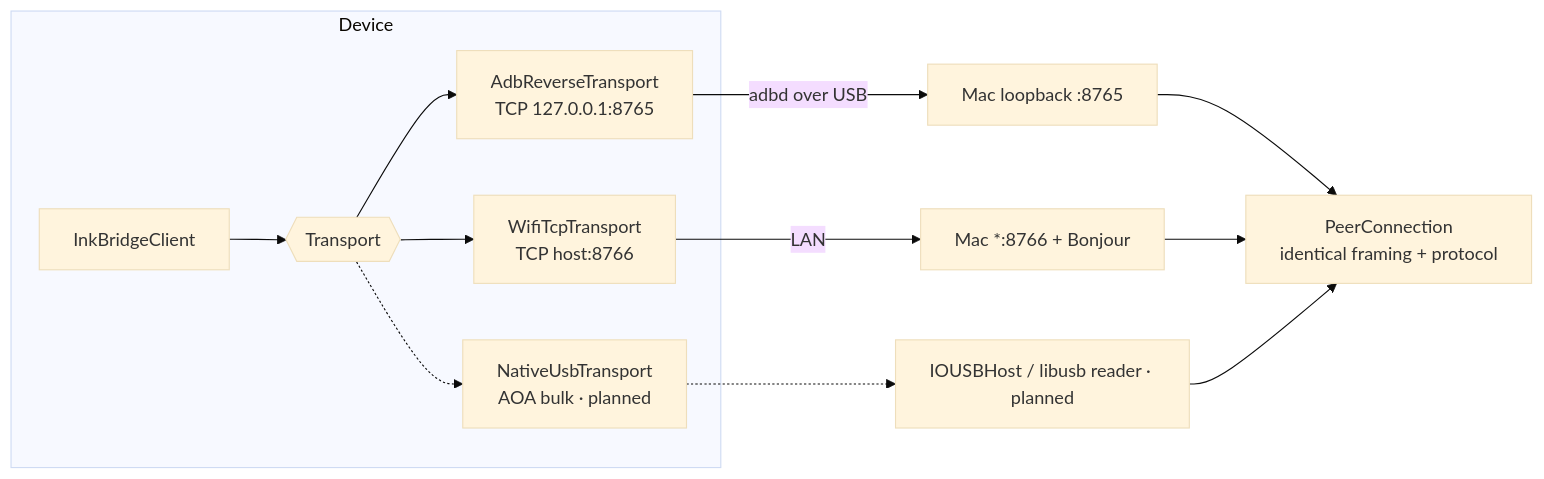
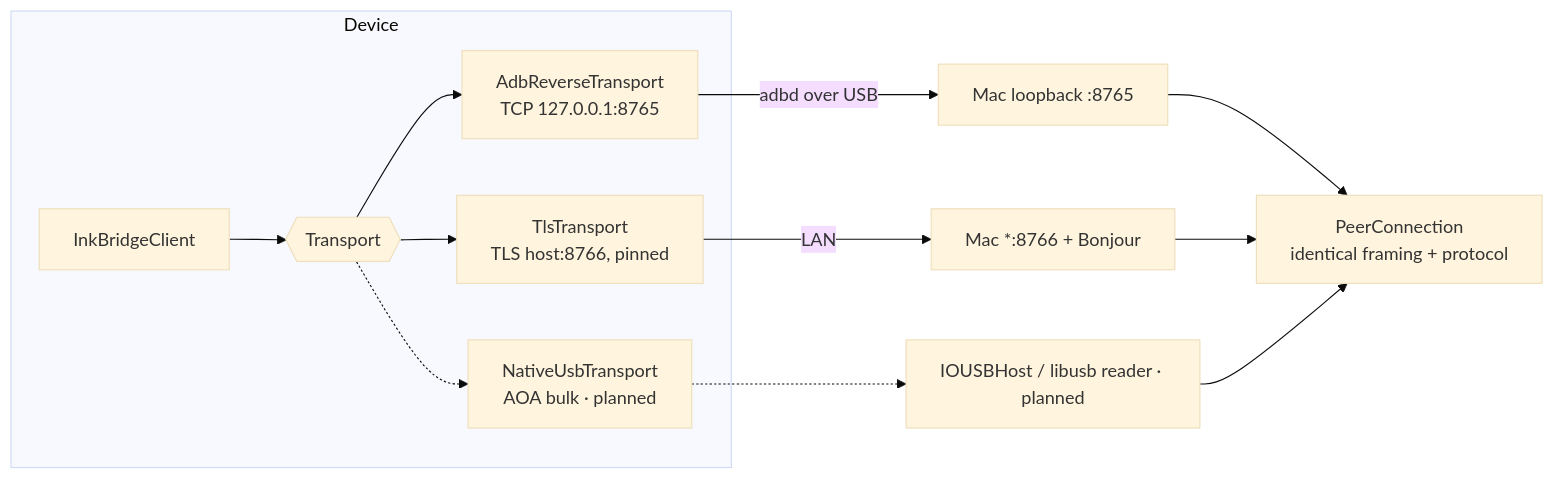
The diagram in docs/architecture/transport-architecture.md (armineyvazi/inkbridge), drawn with Mermaid (base theme) before and after one commit. The commit also changed other lines of this file and 140 other files, not shown here.

````diff
--- a/docs/architecture/transport-architecture.md
+++ b/docs/architecture/transport-architecture.md
@@ -3,13 +3,13 @@
 ```mermaid
 flowchart LR
   subgraph Device
     C[InkBridgeClient] --> T{{Transport}}
     T --> A[AdbReverseTransport<br/>TCP 127.0.0.1:8765]
-    T --> W[WifiTcpTransport<br/>TCP host:8766]
+    T --> W[TlsTransport<br/>TLS host:8766, pinned]
     T -.-> N[NativeUsbTransport<br/>AOA bulk · planned]
   end
   A -- adbd over USB --> L1[Mac loopback :8765]
   W -- LAN --> L2[Mac *:8766 + Bonjour]
   N -.-> L3[IOUSBHost / libusb reader · planned]
   L1 & L2 & L3 --> P[PeerConnection<br/>identical framing + protocol]
 ```
````
